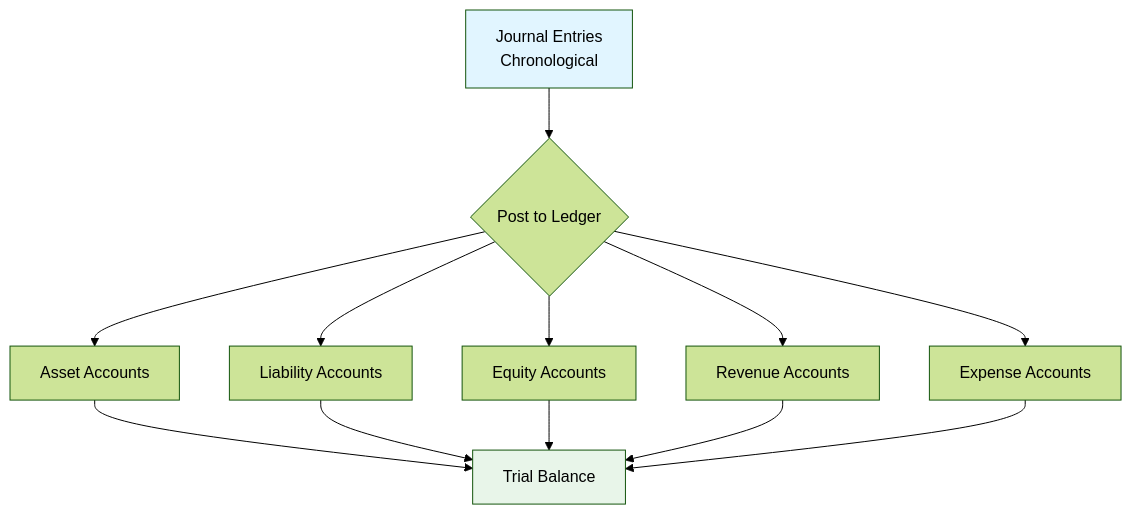
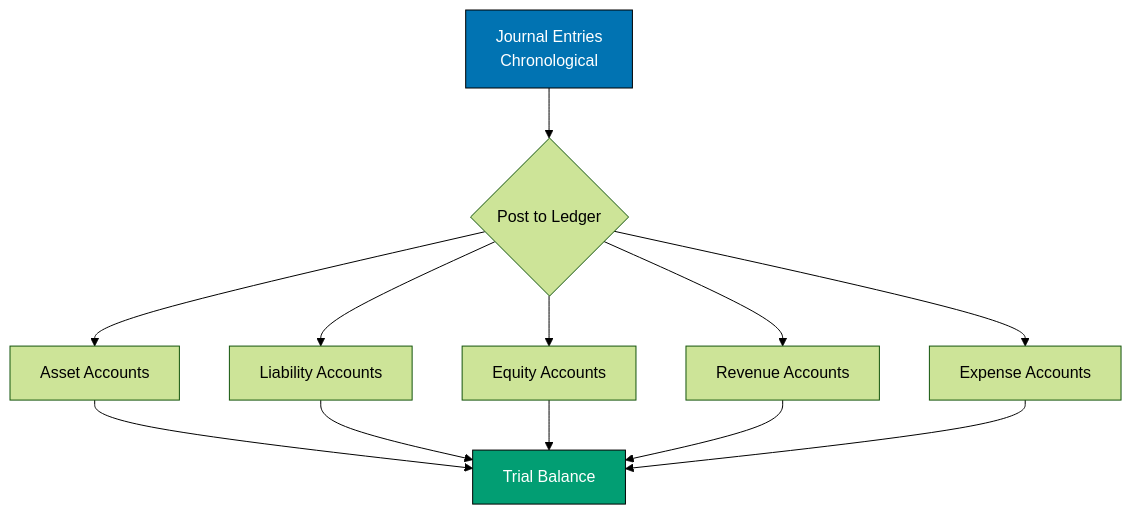
The sixth of 8 diagrams in docs/tutorials/business-and-finance/tu-bufi__accounting.md (wahidyankf/open-sharia-enterprise), drawn with Mermaid (forest theme) before and after one commit. The commit also changed other lines of this file and 22 other files, not shown here.

First line of the commit message:
docs(diagrams): ensure all mermaid diagrams use color-blind friendly palette

````diff
--- a/docs/tutorials/business-and-finance/tu-bufi__accounting.md
+++ b/docs/tutorials/business-and-finance/tu-bufi__accounting.md
@@ -778,19 +796,19 @@
 ```mermaid
 flowchart TD
 	J[Journal Entries<br/>Chronological] --> L{Post to Ledger}
 
 	L --> A[Asset Accounts]
 	L --> Li[Liability Accounts]
 	L --> E[Equity Accounts]
 	L --> R[Revenue Accounts]
 	L --> X[Expense Accounts]
 
 	A --> TB[Trial Balance]
 	Li --> TB
 	E --> TB
 	R --> TB
 	X --> TB
 
-	style J fill:#e1f5ff
-	style TB fill:#e8f5e9
+	style J fill:#0173B2,stroke:#000000,color:#FFFFFF
+	style TB fill:#029E73,stroke:#000000,color:#FFFFFF
 ```
````
